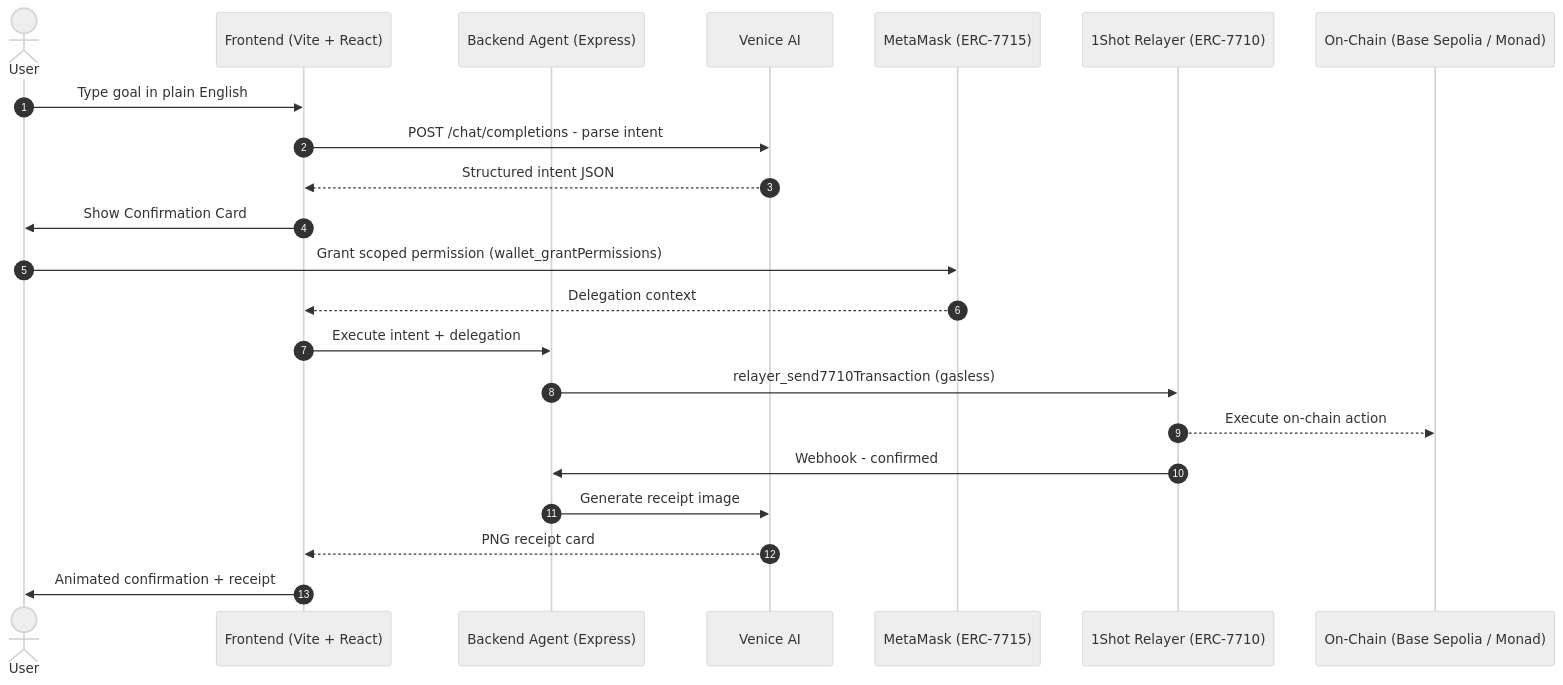
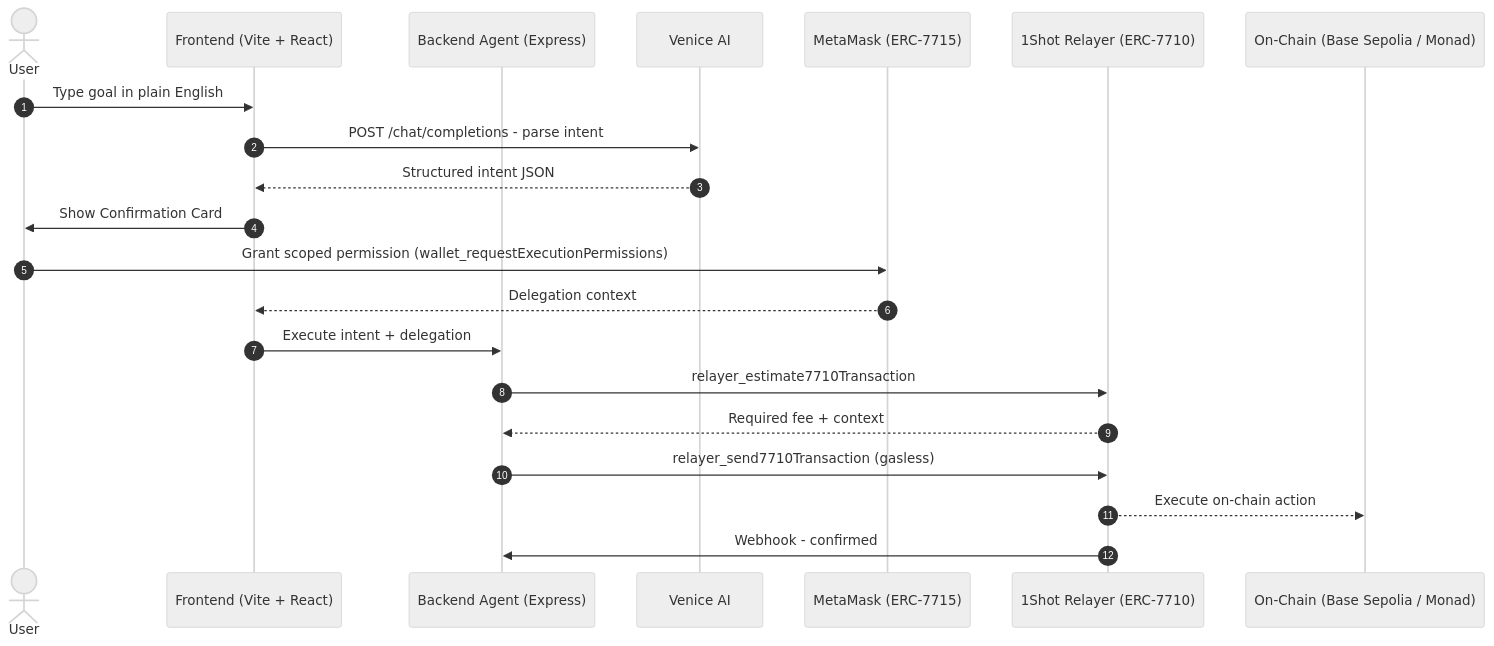
One commit to JaDi03/GlassVault changed the second of 2 diagrams in README.md. Above: the diagram before and after it, drawn with Mermaid (neutral theme). The commit also changed other lines of this file, not shown here.

Commit message:
docs: add hackathon resources and architecture diagrams

````diff
--- a/README.md
+++ b/README.md
@@ -50,25 +96,24 @@
 ```mermaid
 sequenceDiagram
     autonumber
     actor User
     participant UI as Frontend (Vite + React)
     participant API as Backend Agent (Express)
     participant Venice as Venice AI
     participant MM as MetaMask (ERC-7715)
     participant Relay as 1Shot Relayer (ERC-7710)
     participant Chain as On-Chain (Base Sepolia / Monad)
 
     User->>UI: Type goal in plain English
     UI->>Venice: POST /chat/completions - parse intent
     Venice-->>UI: Structured intent JSON
     UI->>User: Show Confirmation Card
-    User->>MM: Grant scoped permission (wallet_grantPermissions)
+    User->>MM: Grant scoped permission (wallet_requestExecutionPermissions)
     MM-->>UI: Delegation context
     UI->>API: Execute intent + delegation
+    API->>Relay: relayer_estimate7710Transaction
+    Relay-->>API: Required fee + context
     API->>Relay: relayer_send7710Transaction (gasless)
     Relay-->>Chain: Execute on-chain action
     Relay->>API: Webhook - confirmed
-    API->>Venice: Generate receipt image
-    Venice-->>UI: PNG receipt card
-    UI->>User: Animated confirmation + receipt
 ```
````
